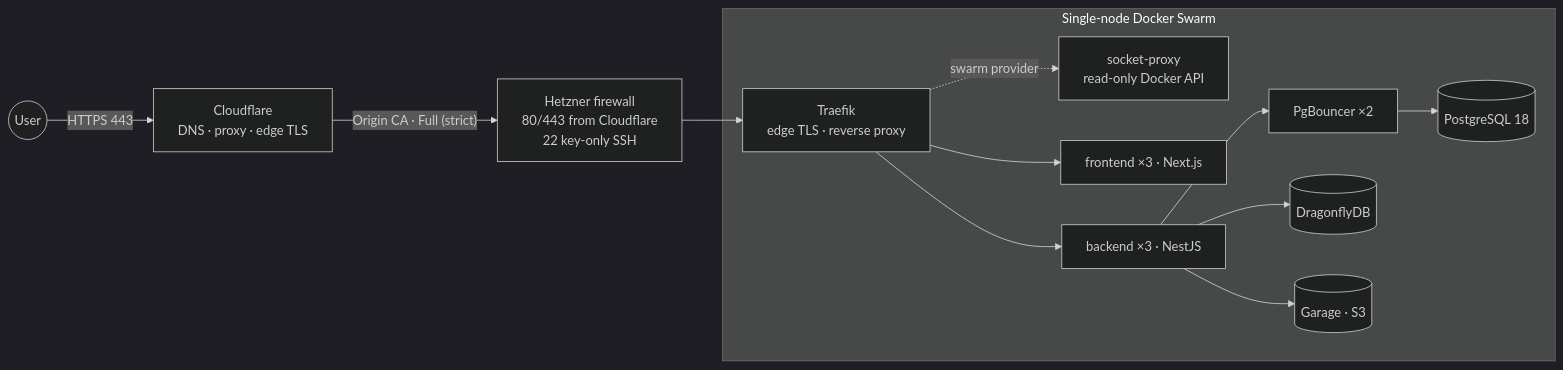
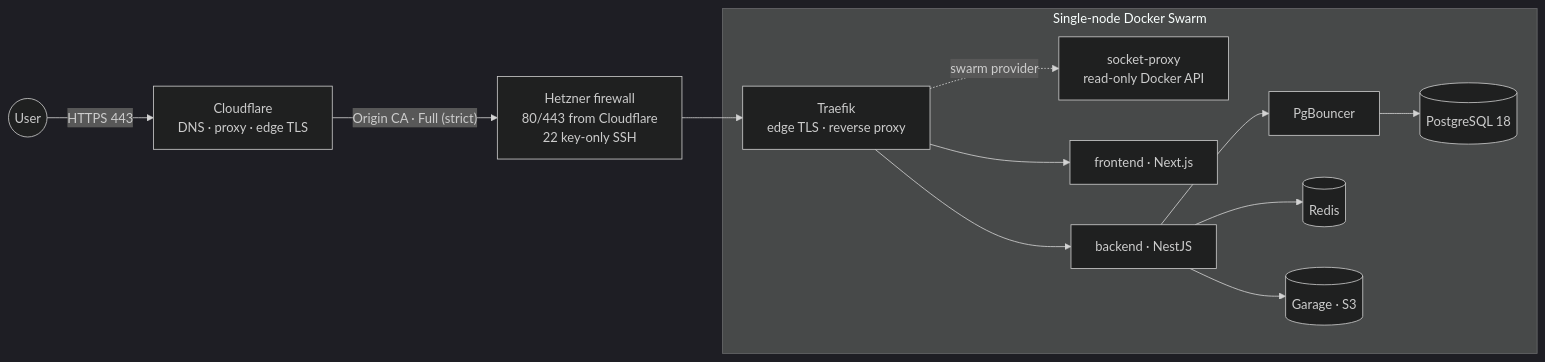
One commit to redjem-amir/dropicture changed the diagram in README.md. Above: the diagram before and after it, drawn with Mermaid (dark theme). The commit also changed other lines of this file and 5 other files, not shown here.

Commit message:
docs: add the swarm stack diagram

````diff
--- a/README.md
+++ b/README.md
@@ -31,16 +31,16 @@
 ```mermaid
 flowchart LR
     U((User)) -- "HTTPS 443" --> CF["Cloudflare<br/>DNS · proxy · edge TLS"]
     CF -- "Origin CA · Full (strict)" --> FW["Hetzner firewall<br/>80/443 from Cloudflare<br/>22 key-only SSH"]
     subgraph SRV["Single-node Docker Swarm"]
         T["Traefik<br/>edge TLS · reverse proxy"]
         SP["socket-proxy<br/>read-only Docker API"]
         T -. "swarm provider" .-> SP
-        T --> FE["frontend ×3 · Next.js"]
-        T --> BE["backend ×3 · NestJS"]
-        BE --> PB["PgBouncer ×2"] --> PG[("PostgreSQL 18")]
-        BE --> DF[("DragonflyDB")]
+        T --> FE["frontend · Next.js"]
+        T --> BE["backend · NestJS"]
+        BE --> PB["PgBouncer"] --> PG[("PostgreSQL 18")]
+        BE --> RD[("Redis")]
         BE --> GA[("Garage · S3")]
     end
     FW --> T
 ```
````
